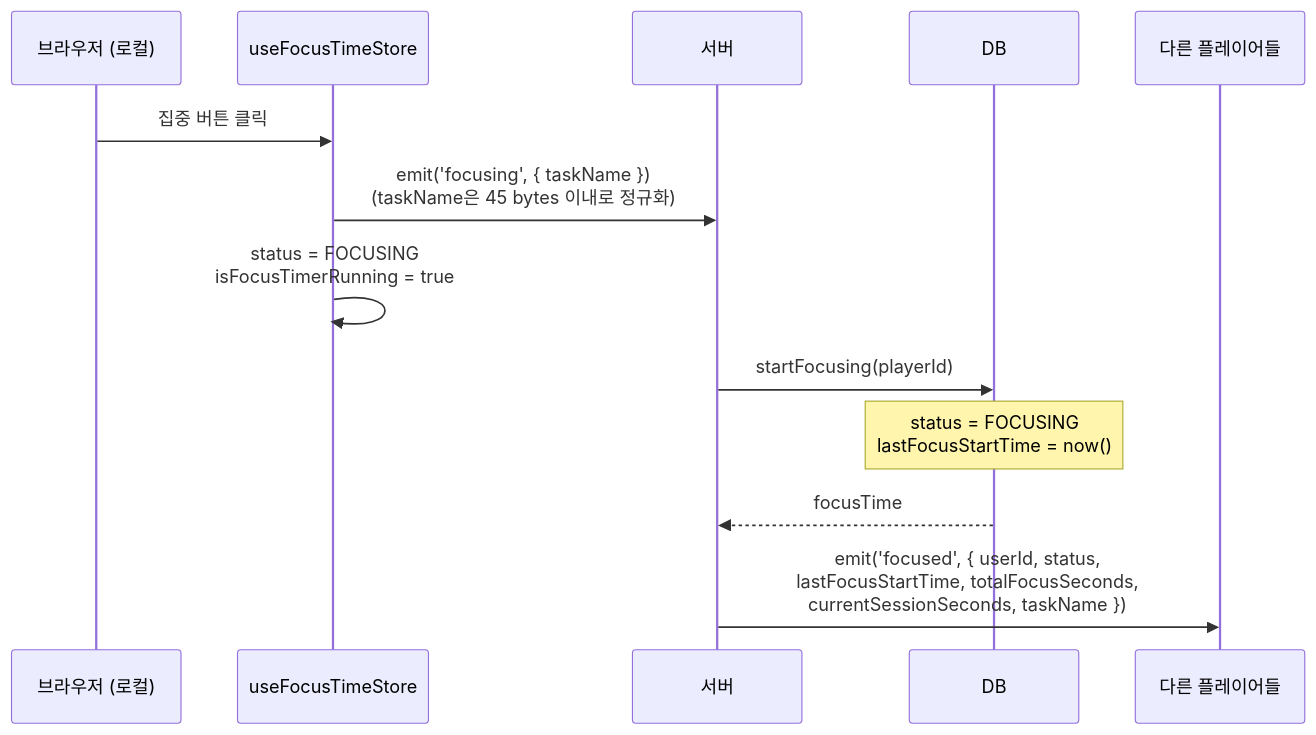
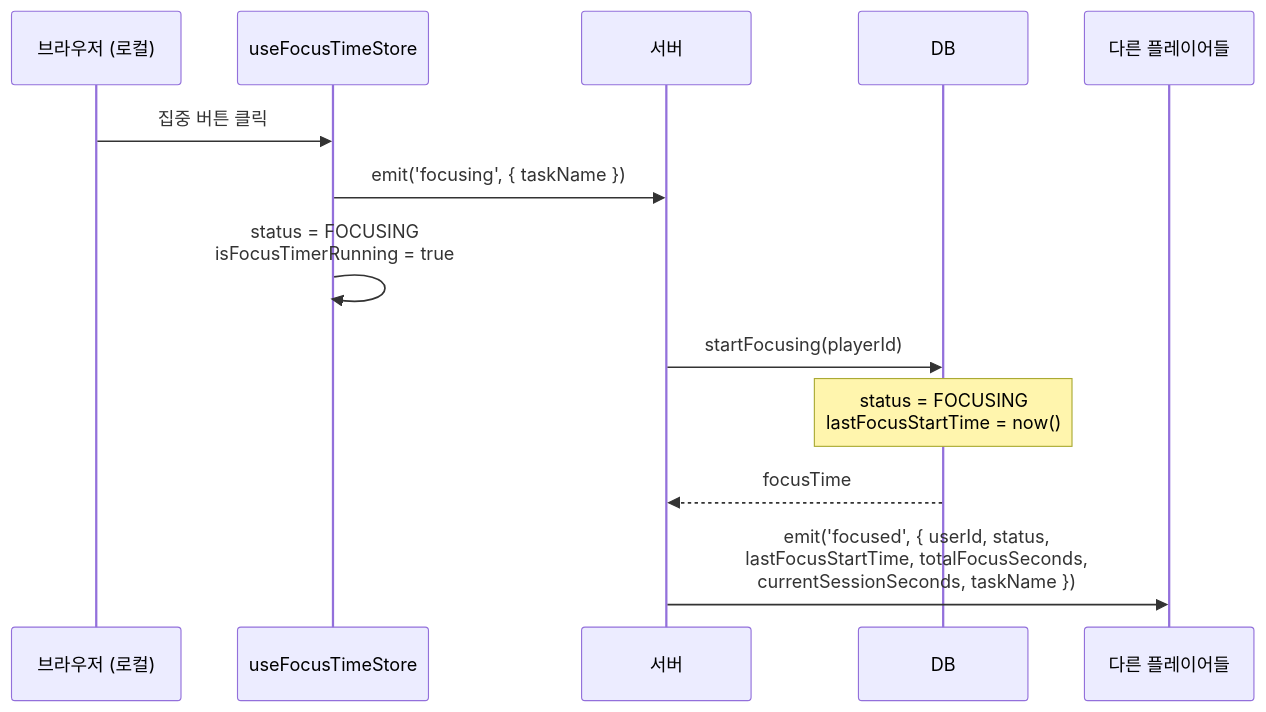
Before and after one commit to boostcampwm2025/web19-estrogenquattro: the second of 8 diagrams in docs/features/FOCUS_TIME.md, drawn with Mermaid. The commit also changed other lines of this file and 79 other files, not shown here.

````diff
--- a/docs/features/FOCUS_TIME.md
+++ b/docs/features/FOCUS_TIME.md
@@ -95,18 +80,18 @@
 ```mermaid
 sequenceDiagram
     participant Browser as 브라우저 (로컬)
     participant Store as useFocusTimeStore
     participant Server as 서버
     participant DB as DB
     participant Others as 다른 플레이어들
 
     Browser->>Store: 집중 버튼 클릭
-    Store->>Server: emit('focusing', { taskName })<br/>(taskName은 45 bytes 이내로 정규화)
+    Store->>Server: emit('focusing', { taskName })
     Store->>Store: status = FOCUSING<br/>isFocusTimerRunning = true
 
     Server->>DB: startFocusing(playerId)
     Note over DB: status = FOCUSING<br/>lastFocusStartTime = now()
     DB-->>Server: focusTime
 
     Server->>Others: emit('focused', { userId, status,<br/>lastFocusStartTime, totalFocusSeconds,<br/>currentSessionSeconds, taskName })
 ```
````
